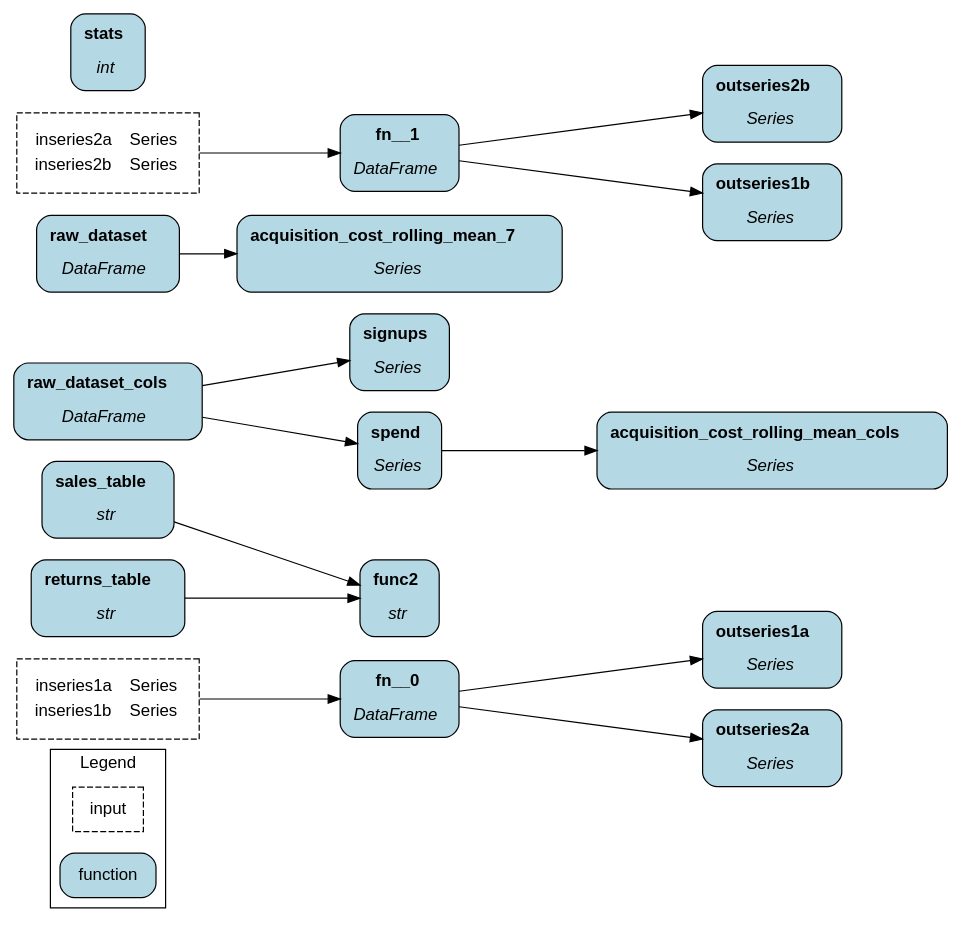
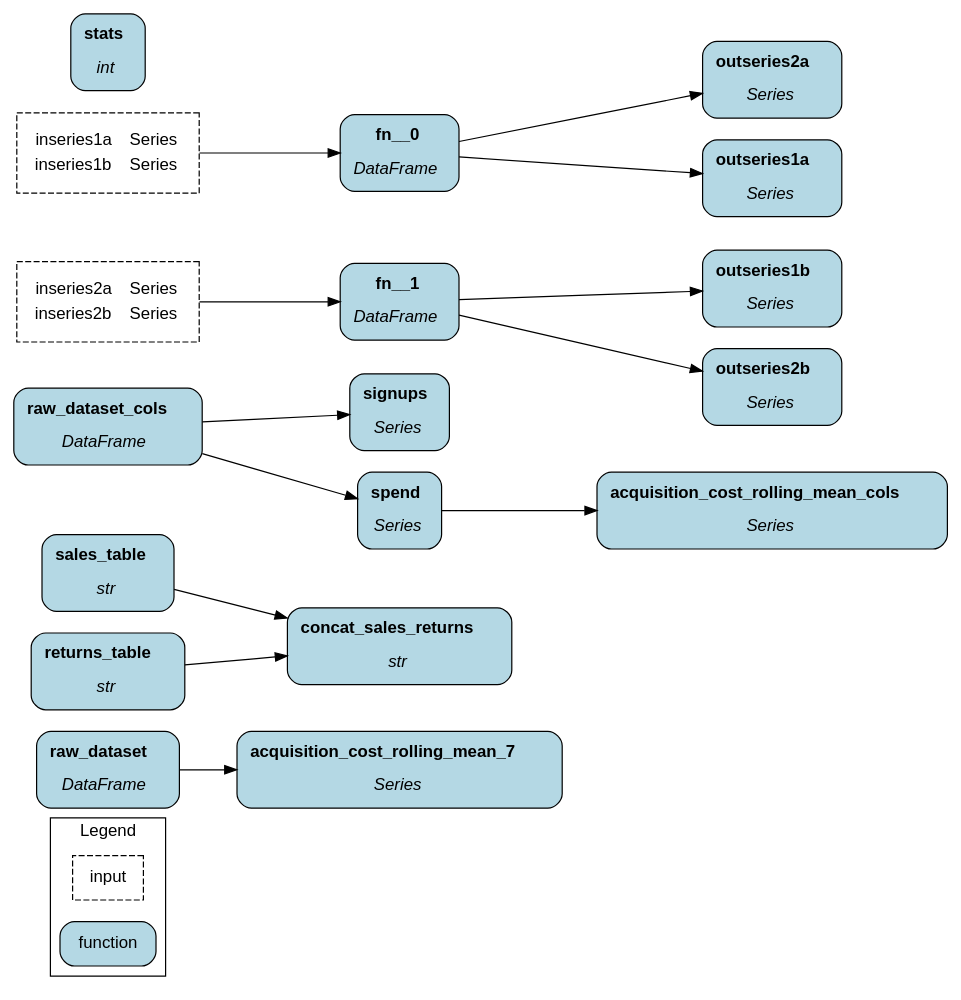
The diagram in hamilton/all_graph.dot (EdwinVivek/ML-hands-on-notebooks), drawn with Graphviz before and after one commit. The commit also changed 10 other files, not shown here.

```diff
--- a/hamilton/all_graph.dot
+++ b/hamilton/all_graph.dot
@@ -1,5 +1,5 @@
 digraph {
-	graph [bb="0,0,683.55,789.8",
+	graph [bb="0,0,683.55,848.8",
 		compound=true,
 		concentrate=true,
 		rankdir=LR,
@@ -10,19 +10,19 @@
 		label="\N"
 	];
 	subgraph cluster__legend {
-		graph [bb="25.25,649.8,110.1,781.8",
+		graph [bb="25.25,708.8,110.1,840.8",
 			fillcolor="#ffffff",
 			fontname=helvetica,
 			label=Legend,
 			lheight=0.22,
-			lp="67.675,769.92",
+			lp="67.675,828.92",
 			lwidth=0.62,
 			rank=same
 		];
 		input	[fontname=Helvetica,
 			height=0.51875,
 			margin=0.15,
-			pos="67.675,676.8",
+			pos="67.675,735.8",
 			shape=rectangle,
 			style="filled,dashed",
 			width=0.75];
@@ -30,103 +30,17 @@
 			fontname=Helvetica,
 			height=0.51875,
 			margin=0.15,
-			pos="67.675,731.8",
+			pos="67.675,790.8",
 			shape=rectangle,
 			style="rounded,filled",
 			width=0.95625];
 	}
-	fn__0	[fillcolor="#b4d8e4",
-		fontname=Helvetica,
-		height=0.88333,
-		label=<<b>fn__0</b><br /><br /><i>DataFrame</i>>,
-		margin=0.15,
-		pos="282.02,72.8",
-		shape=rectangle,
-		style="rounded,filled",
-		width=1.2479];
-	outseries1a	[fillcolor="#b4d8e4",
-		fontname=Helvetica,
-		height=0.88333,
-		label=<<b>outseries1a</b><br /><br /><i>Series</i>>,
-		margin=0.15,
-		pos="556.12,113.8",
-		shape=rectangle,
-		style="rounded,filled",
-		width=1.3417];
-	fn__0 -> outseries1a	[pos="e,507.62,106.64 327.35,79.479 373.41,86.419 445.73,97.316 496.49,104.96"];
-	outseries2a	[fillcolor="#b4d8e4",
-		fontname=Helvetica,
-		height=0.88333,
-		label=<<b>outseries2a</b><br /><br /><i>Series</i>>,
-		margin=0.15,
-		pos="556.12,31.8",
-		shape=rectangle,
-		style="rounded,filled",
-		width=1.3417];
-	fn__0 -> outseries2a	[pos="e,507.62,38.958 327.35,66.121 373.41,59.181 445.73,48.284 496.49,40.635"];
-	sales_table	[fillcolor="#b4d8e4",
-		fontname=Helvetica,
-		height=0.88333,
-		label=<<b>sales_table</b><br /><br /><i>str</i>>,
-		margin=0.15,
-		pos="67.675,237.8",
-		shape=rectangle,
-		style="rounded,filled",
-		width=1.3104];
-	func2	[fillcolor="#b4d8e4",
-		fontname=Helvetica,
-		height=0.88333,
-		label=<<b>func2</b><br /><br /><i>str</i>>,
-		margin=0.15,
-		pos="282.02,155.8",
-		shape=rectangle,
-		style="rounded,filled",
-		width=0.8];
-	sales_table -> func2	[pos="e,252.76,166.71 115.28,219.8 153.34,205.11 206.5,184.58 242.26,170.77"];
-	acquisition_cost_rolling_mean_cols	[fillcolor="#b4d8e4",
-		fontname=Helvetica,
-		height=0.88333,
-		label=<<b>acquisition_cost_rolling_mean_cols</b><br /><br /><i>Series</i>>,
-		margin=0.15,
-		pos="556.12,278.8",
-		shape=rectangle,
-		style="rounded,filled",
-		width=3.5396];
-	raw_dataset_cols	[fillcolor="#b4d8e4",
-		fontname=Helvetica,
-		height=0.88333,
-		label=<<b>raw_dataset_cols</b><br /><br /><i>DataFrame</i>>,
-		margin=0.15,
-		pos="67.675,319.8",
-		shape=rectangle,
-		style="rounded,filled",
-		width=1.8729];
-	signups	[fillcolor="#b4d8e4",
-		fontname=Helvetica,
-		height=0.88333,
-		label=<<b>signups</b><br /><br /><i>Series</i>>,
-		margin=0.15,
-		pos="282.02,360.8",
-		shape=rectangle,
-		style="rounded,filled",
-		width=1.0187];
-	raw_dataset_cols -> signups	[pos="e,245.02,353.85 135.57,332.72 167.55,338.89 205.07,346.14 233.99,351.72"];
-	spend	[fillcolor="#b4d8e4",
-		fontname=Helvetica,
-		height=0.88333,
-		label=<<b>spend</b><br /><br /><i>Series</i>>,
-		margin=0.15,
-		pos="282.02,278.8",
-		shape=rectangle,
-		style="rounded,filled",
-		width=0.85208];
-	raw_dataset_cols -> spend	[pos="e,250.85,284.63 135.57,306.88 169.7,300.29 210.13,292.49 239.7,286.78"];
 	raw_dataset	[fillcolor="#b4d8e4",
 		fontname=Helvetica,
 		height=0.88333,
 		label=<<b>raw_dataset</b><br /><br /><i>DataFrame</i>>,
 		margin=0.15,
-		pos="67.675,442.8",
+		pos="67.675,31.8",
 		shape=rectangle,
 		style="rounded,filled",
 		width=1.3938];
@@ -135,76 +49,162 @@
 		height=0.88333,
 		label=<<b>acquisition_cost_rolling_mean_7</b><br /><br /><i>Series</i>>,
 		margin=0.15,
-		pos="282.02,442.8",
+		pos="282.02,31.8",
 		shape=rectangle,
 		style="rounded,filled",
 		width=3.2687];
-	raw_dataset -> acquisition_cost_rolling_mean_7	[pos="e,164.14,442.8 118.19,442.8 128.89,442.8 140.67,442.8 152.86,442.8"];
+	raw_dataset -> acquisition_cost_rolling_mean_7	[pos="e,164.14,31.8 118.19,31.8 128.89,31.8 140.67,31.8 152.86,31.8"];
+	concat_sales_returns	[fillcolor="#b4d8e4",
+		fontname=Helvetica,
+		height=0.88333,
+		label=<<b>concat_sales_returns</b><br /><br /><i>str</i>>,
+		margin=0.15,
+		pos="282.02,129.8",
+		shape=rectangle,
+		style="rounded,filled",
+		width=2.2271];
+	signups	[fillcolor="#b4d8e4",
+		fontname=Helvetica,
+		height=0.88333,
+		label=<<b>signups</b><br /><br /><i>Series</i>>,
+		margin=0.15,
+		pos="282.02,323.8",
+		shape=rectangle,
+		style="rounded,filled",
+		width=1.0187];
+	outseries1b	[fillcolor="#b4d8e4",
+		fontname=Helvetica,
+		height=0.88333,
+		label=<<b>outseries1b</b><br /><br /><i>Series</i>>,
+		margin=0.15,
+		pos="556.12,461.8",
+		shape=rectangle,
+		style="rounded,filled",
+		width=1.3521];
+	sales_table	[fillcolor="#b4d8e4",
+		fontname=Helvetica,
+		height=0.88333,
+		label=<<b>sales_table</b><br /><br /><i>str</i>>,
+		margin=0.15,
+		pos="67.675,195.8",
+		shape=rectangle,
+		style="rounded,filled",
+		width=1.3104];
+	sales_table -> concat_sales_returns	[pos="e,201.55,154.5 115.28,181.32 137.49,174.41 164.84,165.91 190.88,157.82"];
+	raw_dataset_cols	[fillcolor="#b4d8e4",
+		fontname=Helvetica,
+		height=0.88333,
+		label=<<b>raw_dataset_cols</b><br /><br /><i>DataFrame</i>>,
+		margin=0.15,
+		pos="67.675,297.8",
+		shape=rectangle,
+		style="rounded,filled",
+		width=1.8729];
+	raw_dataset_cols -> signups	[pos="e,245.02,319.39 135.57,305.99 167.41,309.89 204.74,314.46 233.61,317.99"];
+	spend	[fillcolor="#b4d8e4",
+		fontname=Helvetica,
+		height=0.88333,
+		label=<<b>spend</b><br /><br /><i>Series</i>>,
+		margin=0.15,
+		pos="282.02,241.8",
+		shape=rectangle,
+		style="rounded,filled",
+		width=0.85208];
+	raw_dataset_cols -> spend	[pos="e,250.85,249.76 135.57,280.16 169.85,271.12 210.49,260.4 240.09,252.6"];
+	outseries2a	[fillcolor="#b4d8e4",
+		fontname=Helvetica,
+		height=0.88333,
+		label=<<b>outseries2a</b><br /><br /><i>Series</i>>,
+		margin=0.15,
+		pos="556.12,625.8",
+		shape=rectangle,
+		style="rounded,filled",
+		width=1.3417];
+	returns_table	[fillcolor="#b4d8e4",
+		fontname=Helvetica,
+		height=0.88333,
+		label=<<b>returns_table</b><br /><br /><i>str</i>>,
+		margin=0.15,
+		pos="67.675,113.8",
+		shape=rectangle,
+		style="rounded,filled",
+		width=1.4875];
+	returns_table -> concat_sales_returns	[pos="e,201.39,123.8 121.71,117.8 142.4,119.36 166.72,121.19 190.04,122.94"];
+	outseries1a	[fillcolor="#b4d8e4",
+		fontname=Helvetica,
+		height=0.88333,
+		label=<<b>outseries1a</b><br /><br /><i>Series</i>>,
+		margin=0.15,
+		pos="556.12,543.8",
+		shape=rectangle,
+		style="rounded,filled",
+		width=1.3417];
+	acquisition_cost_rolling_mean_cols	[fillcolor="#b4d8e4",
+		fontname=Helvetica,
+		height=0.88333,
+		label=<<b>acquisition_cost_rolling_mean_cols</b><br /><br /><i>Series</i>>,
+		margin=0.15,
+		pos="556.12,241.8",
+		shape=rectangle,
+		style="rounded,filled",
+		width=3.5396];
+	fn__0	[fillcolor="#b4d8e4",
+		fontname=Helvetica,
+		height=0.88333,
+		label=<<b>fn__0</b><br /><br /><i>DataFrame</i>>,
+		margin=0.15,
+		pos="282.02,584.8",
+		shape=rectangle,
+		style="rounded,filled",
+		width=1.2479];
+	fn__0 -> outseries2a	[pos="e,507.62,618.64 327.35,591.48 373.41,598.42 445.73,609.32 496.49,616.96"];
+	fn__0 -> outseries1a	[pos="e,507.62,550.96 327.35,578.12 373.41,571.18 445.73,560.28 496.49,552.64"];
+	fn__1	[fillcolor="#b4d8e4",
+		fontname=Helvetica,
+		height=0.88333,
+		label=<<b>fn__1</b><br /><br /><i>DataFrame</i>>,
+		margin=0.15,
+		pos="282.02,420.8",
+		shape=rectangle,
+		style="rounded,filled",
+		width=1.2479];
+	fn__1 -> outseries1b	[pos="e,507.15,454.57 327.35,427.48 373.27,434.4 445.29,445.25 496.03,452.9"];
 	outseries2b	[fillcolor="#b4d8e4",
 		fontname=Helvetica,
 		height=0.88333,
 		label=<<b>outseries2b</b><br /><br /><i>Series</i>>,
 		margin=0.15,
-		pos="556.12,566.8",
+		pos="556.12,379.8",
 		shape=rectangle,
 		style="rounded,filled",
 		width=1.3521];
-	returns_table	[fillcolor="#b4d8e4",
-		fontname=Helvetica,
-		height=0.88333,
-		label=<<b>returns_table</b><br /><br /><i>str</i>>,
-		margin=0.15,
-		pos="67.675,155.8",
-		shape=rectangle,
-		style="rounded,filled",
-		width=1.4875];
-	returns_table -> func2	[pos="e,253.01,155.8 121.71,155.8 158.96,155.8 207.98,155.8 241.75,155.8"];
+	fn__1 -> outseries2b	[pos="e,507.15,387.03 327.35,414.12 373.27,407.2 445.29,396.35 496.03,388.7"];
 	stats	[fillcolor="#b4d8e4",
 		fontname=Helvetica,
 		height=0.88333,
 		label=<<b>stats</b><br /><br /><i>int</i>>,
 		margin=0.15,
-		pos="67.675,608.8",
+		pos="67.675,667.8",
 		shape=rectangle,
 		style="rounded,filled",
 		width=0.75];
-	outseries1b	[fillcolor="#b4d8e4",
-		fontname=Helvetica,
-		height=0.88333,
-		label=<<b>outseries1b</b><br /><br /><i>Series</i>>,
-		margin=0.15,
-		pos="556.12,484.8",
-		shape=rectangle,
-		style="rounded,filled",
-		width=1.3521];
-	fn__1	[fillcolor="#b4d8e4",
-		fontname=Helvetica,
-		height=0.88333,
-		label=<<b>fn__1</b><br /><br /><i>DataFrame</i>>,
-		margin=0.15,
-		pos="282.02,525.8",
-		shape=rectangle,
-		style="rounded,filled",
-		width=1.2479];
-	fn__1 -> outseries2b	[pos="e,507.15,559.57 327.35,532.48 373.27,539.4 445.29,550.25 496.03,557.9"];
-	fn__1 -> outseries1b	[pos="e,507.15,492.03 327.35,519.12 373.27,512.2 445.29,501.35 496.03,493.7"];
-	spend -> acquisition_cost_rolling_mean_cols	[pos="e,428.45,278.8 313.18,278.8 338.93,278.8 377.92,278.8 417.12,278.8"];
+	spend -> acquisition_cost_rolling_mean_cols	[pos="e,428.45,241.8 313.18,241.8 338.93,241.8 377.92,241.8 417.12,241.8"];
 	_fn__0_inputs	[fontname=Helvetica,
 		height=0.93194,
 		label=<<table border="0"><tr><td>inseries1a</td><td>Series</td></tr><tr><td>inseries1b</td><td>Series</td></tr></table>>,
 		margin=0.15,
-		pos="67.675,72.8",
+		pos="67.675,584.8",
 		shape=rectangle,
 		style="filled,dashed",
 		width=1.8799];
-	_fn__0_inputs -> fn__0	[pos="e,236.91,72.8 135.57,72.8 164.51,72.8 197.97,72.8 225.5,72.8"];
+	_fn__0_inputs -> fn__0	[pos="e,236.91,584.8 135.57,584.8 164.51,584.8 197.97,584.8 225.5,584.8"];
 	_fn__1_inputs	[fontname=Helvetica,
 		height=0.93194,
 		label=<<table border="0"><tr><td>inseries2a</td><td>Series</td></tr><tr><td>inseries2b</td><td>Series</td></tr></table>>,
 		margin=0.15,
-		pos="67.675,525.8",
+		pos="67.675,420.8",
 		shape=rectangle,
 		style="filled,dashed",
 		width=1.8799];
-	_fn__1_inputs -> fn__1	[pos="e,236.91,525.8 135.57,525.8 164.51,525.8 197.97,525.8 225.5,525.8"];
+	_fn__1_inputs -> fn__1	[pos="e,236.91,420.8 135.57,420.8 164.51,420.8 197.97,420.8 225.5,420.8"];
 }
```
